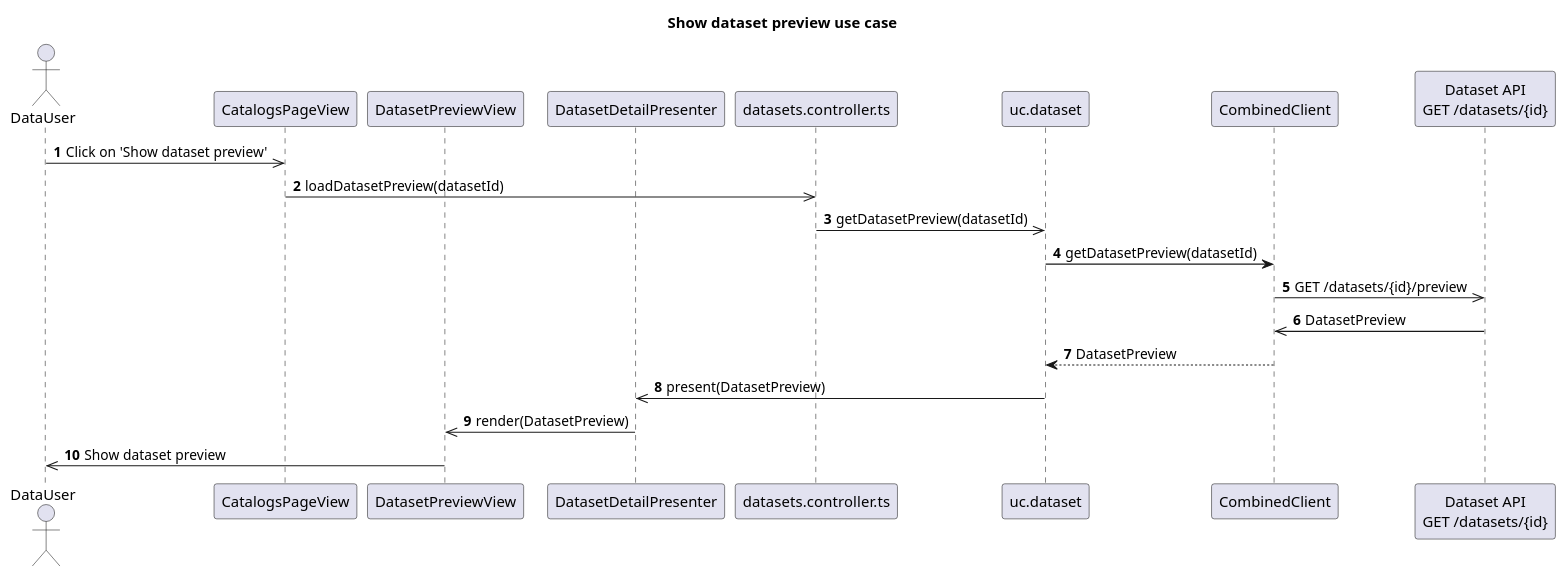
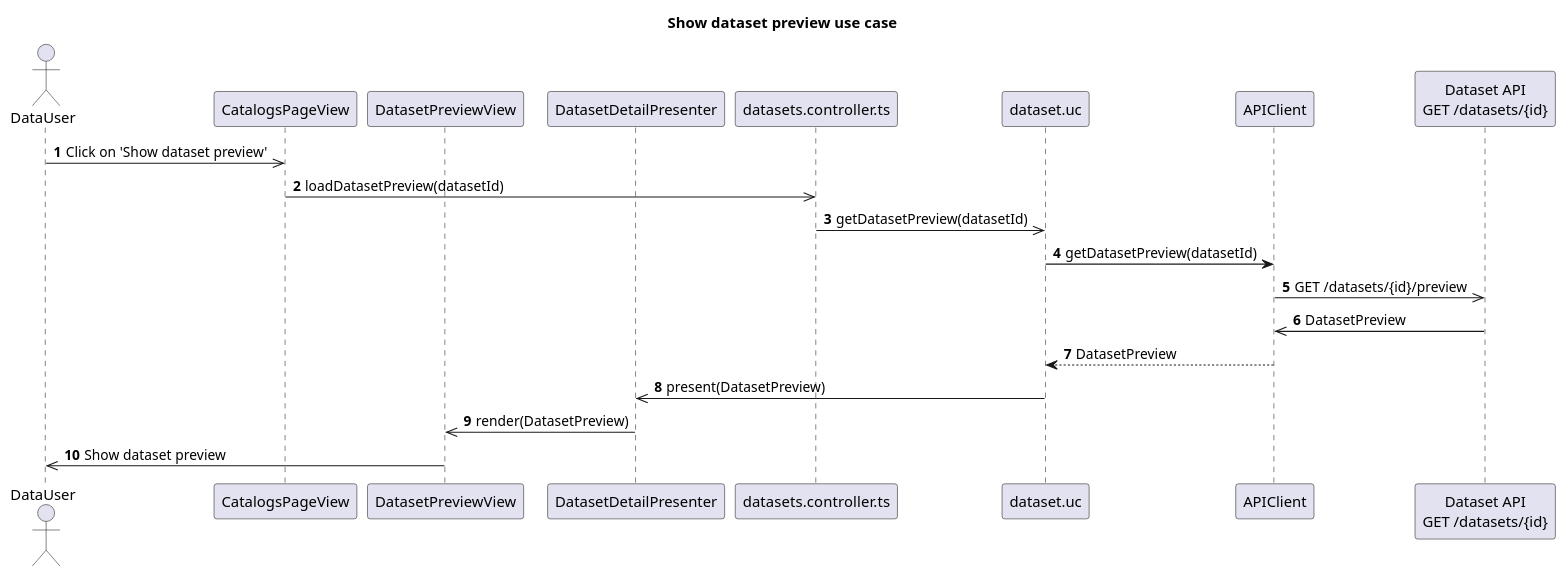
Before and after one commit to POP2025-EEPW/doorce-frontend: the diagram in diagrams/sequence/getDatasetPreview.puml, drawn with PlantUML. The commit also changed 1 other file, not shown here.

Commit message:
fix: fix diagrams

```diff
--- a/diagrams/sequence/getDatasetPreview.puml
+++ b/diagrams/sequence/getDatasetPreview.puml
@@ -1,26 +1,26 @@
 @startuml
 title Show dataset preview use case
 autonumber
 
 actor DataUser as User
 
 participant "CatalogsPageView" as CatalogsPageView
 participant "DatasetPreviewView" as View
 participant "DatasetDetailPresenter" as Presenter
 participant "datasets.controller.ts" as Controller
-participant "uc.dataset" as UseCase
-participant "CombinedClient" as Client
+participant "dataset.uc" as UseCase
+participant "APIClient" as Client
 participant "Dataset API\nGET /datasets/{id}" as Http
 
 User ->> CatalogsPageView : Click on 'Show dataset preview'
 CatalogsPageView ->> Controller : loadDatasetPreview(datasetId)
 Controller ->> UseCase : getDatasetPreview(datasetId)
 UseCase -> Client : getDatasetPreview(datasetId)
 Client ->> Http : GET /datasets/{id}/preview
 Http ->> Client : DatasetPreview
 Client --> UseCase : DatasetPreview
 UseCase ->> Presenter : present(DatasetPreview)
 Presenter ->> View : render(DatasetPreview)
 View ->> User : Show dataset preview
 
 @enduml
```
